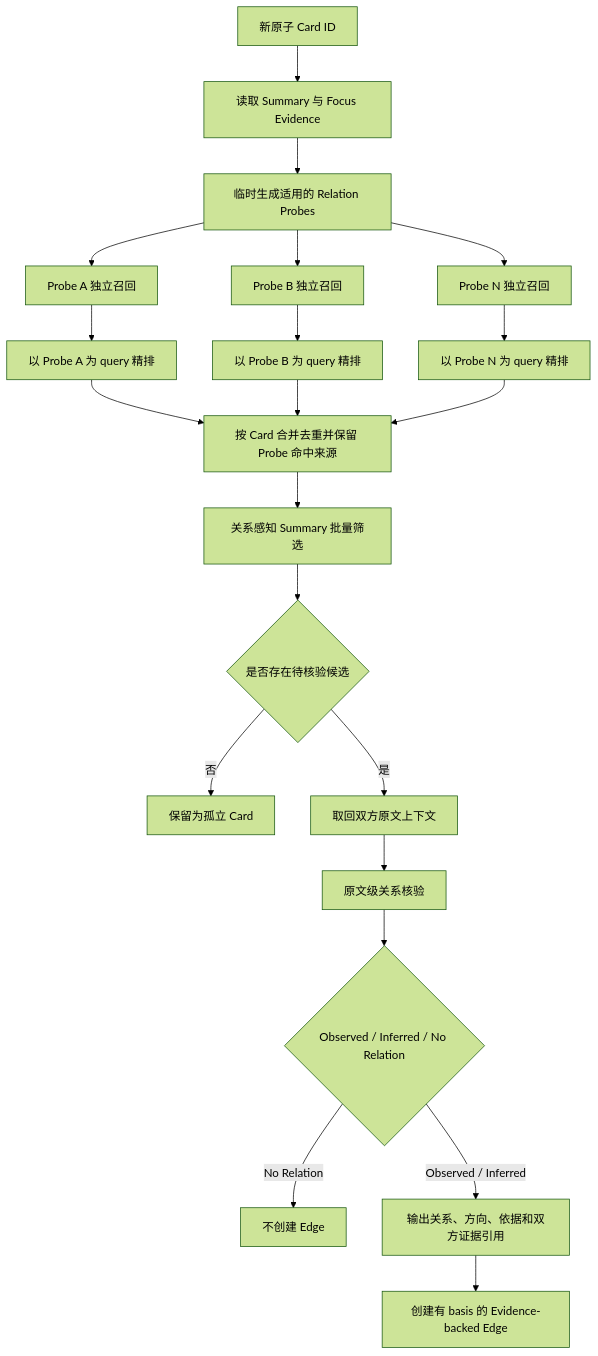
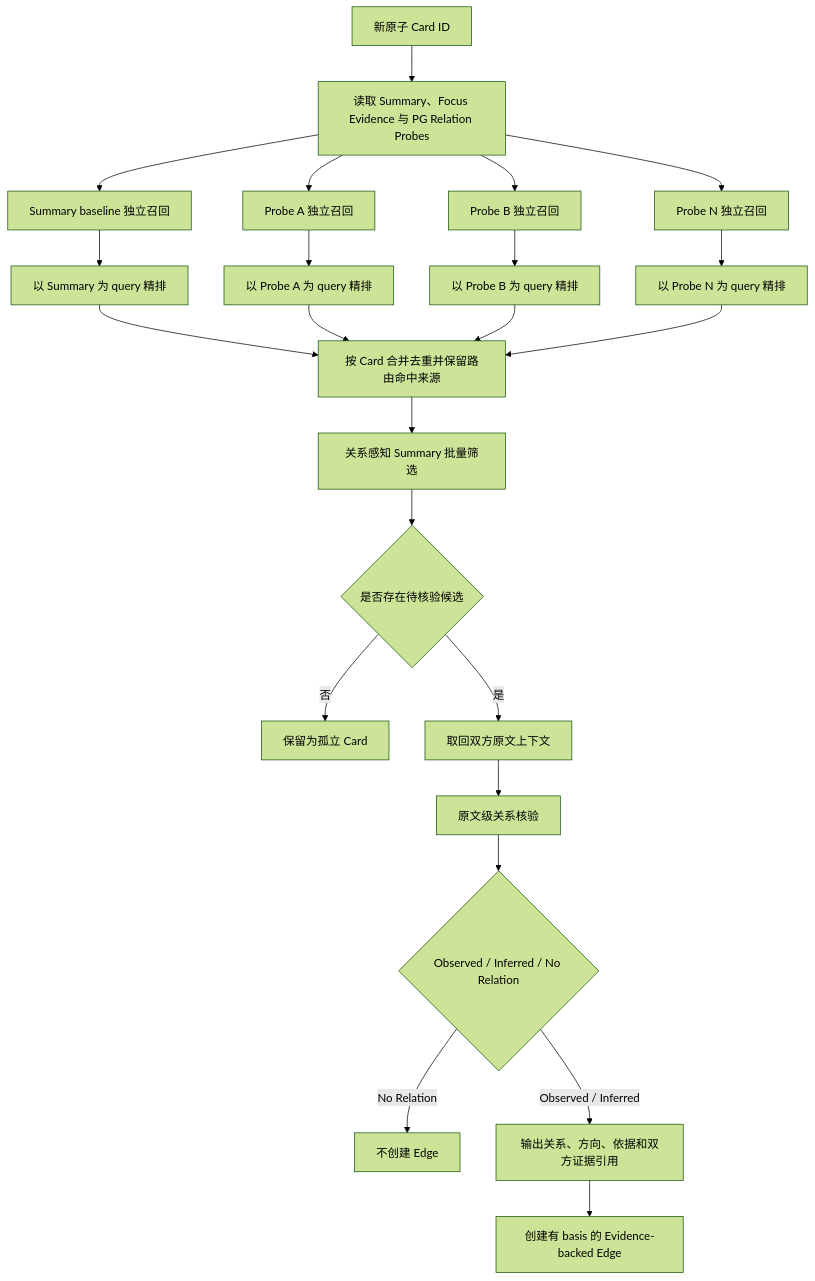
One commit to qiyuebuku/frida-test changed the third of 6 diagrams in .claude/skills/smart-fund-server/docs/5. 设计方案/1. 知识图谱/22. 关系优先Graph Community重构设计方案.md. Above: the diagram before and after it, drawn with Mermaid (forest theme). The commit also changed other lines of this file and 22 other files, not shown here.

Commit message:
feat(kg): restore relation probes and reasoning observability

````diff
--- a/.claude/skills/smart-fund-server/docs/5. 设计方案/1. 知识图谱/22. 关系优先Graph Community重构设计方案.md
+++ b/.claude/skills/smart-fund-server/docs/5. 设计方案/1. 知识图谱/22. 关系优先Graph Community重构设计方案.md
@@ -308,23 +308,25 @@
 ```mermaid
 flowchart TD
-    A[新原子 Card ID] --> B[读取 Summary 与 Focus Evidence]
-    B --> B1[临时生成适用的 Relation Probes]
-    B1 --> C1[Probe A 独立召回]
-    B1 --> C2[Probe B 独立召回]
-    B1 --> C3[Probe N 独立召回]
+    A[新原子 Card ID] --> B[读取 Summary、Focus Evidence 与 PG Relation Probes]
+    B --> C0[Summary baseline 独立召回]
+    B --> C1[Probe A 独立召回]
+    B --> C2[Probe B 独立召回]
+    B --> C3[Probe N 独立召回]
+    C0 --> D0[以 Summary 为 query 精排]
     C1 --> D1[以 Probe A 为 query 精排]
     C2 --> D2[以 Probe B 为 query 精排]
     C3 --> D3[以 Probe N 为 query 精排]
-    D1 --> E[按 Card 合并去重并保留 Probe 命中来源]
+    D0 --> E[按 Card 合并去重并保留路由命中来源]
+    D1 --> E
     D2 --> E
     D3 --> E
     E --> G[关系感知 Summary 批量筛选]
     G --> H{是否存在待核验候选}
     H -- 否 --> I[保留为孤立 Card]
     H -- 是 --> J[取回双方原文上下文]
     J --> K[原文级关系核验]
     K --> L{Observed / Inferred / No Relation}
     L -- No Relation --> M[不创建 Edge]
     L -- Observed / Inferred --> N[输出关系、方向、依据和双方证据引用]
     N --> O[创建有 basis 的 Evidence-backed Edge]
 ```
````
